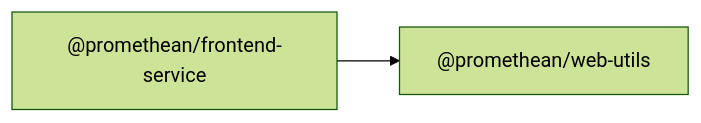
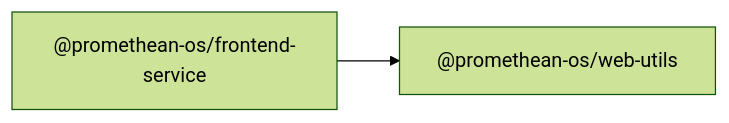
One commit to octave-commons/promethean changed the diagram in docs/packages/frontend-service/README.md. Above: the diagram before and after it, drawn with Mermaid (forest theme). The commit also changed other lines of this file and 1753 other files, not shown here.

````diff
--- a/docs/packages/frontend-service/README.md
+++ b/docs/packages/frontend-service/README.md
@@ -14,7 +14,7 @@
 ```mermaid
 graph LR
-  A["@promethean/frontend-service"]
-  D1["@promethean/web-utils"]
-  A --> D1["@promethean/web-utils"]
-  click D1 "../web-utils/README.md" "@promethean/web-utils"
+  A["@promethean-os/frontend-service"]
+  D1["@promethean-os/web-utils"]
+  A --> D1["@promethean-os/web-utils"]
+  click D1 "../web-utils/README.md" "@promethean-os/web-utils"
 ```
````
